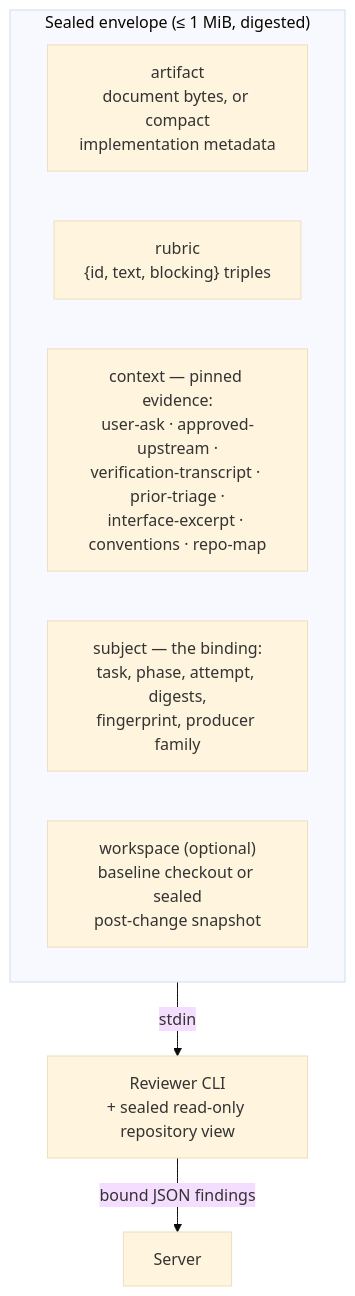
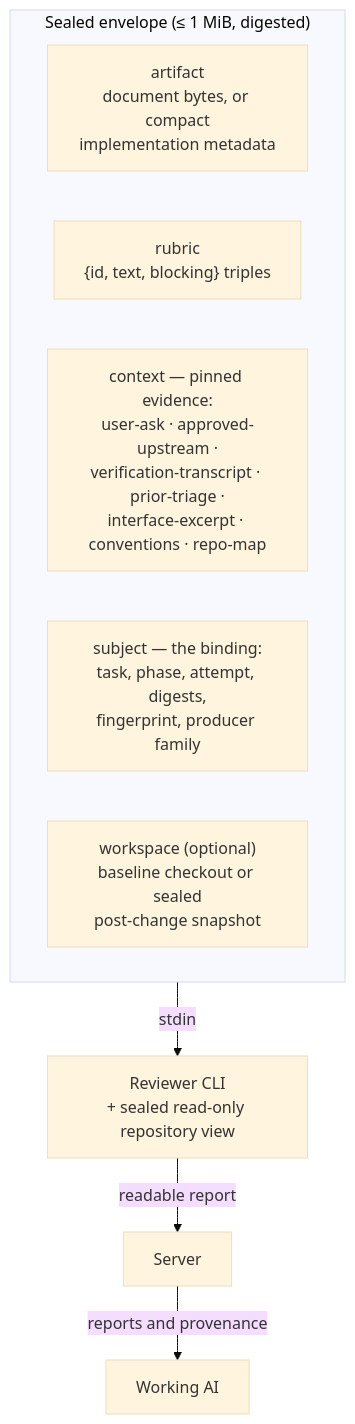
The first of 2 diagrams in docs/review/COUNTER-REVIEW.md (Aroton/ArchflowV2), drawn with Mermaid (base theme) before and after one commit. The commit also changed other lines of this file and 77 other files, not shown here.

````diff
--- a/docs/review/COUNTER-REVIEW.md
+++ b/docs/review/COUNTER-REVIEW.md
@@ -11,12 +17,13 @@
 ```mermaid
 flowchart TB
     subgraph ENV["Sealed envelope (≤ 1 MiB, digested)"]
         A["artifact<br/>document bytes, or compact<br/>implementation metadata"]
         R["rubric<br/>{id, text, blocking} triples"]
         C["context — pinned evidence:<br/>user-ask · approved-upstream ·<br/>verification-transcript · prior-triage ·<br/>interface-excerpt · conventions · repo-map"]
         S["subject — the binding:<br/>task, phase, attempt, digests,<br/>fingerprint, producer family"]
         W["workspace (optional)<br/>baseline checkout or sealed<br/>post-change snapshot"]
     end
     ENV -->|stdin| Child["Reviewer CLI<br/>+ sealed read-only repository view"]
-    Child -->|bound JSON findings| Server
+    Child -->|readable report| Server
+    Server -->|reports and provenance| Producer[Working AI]
 ```
````
